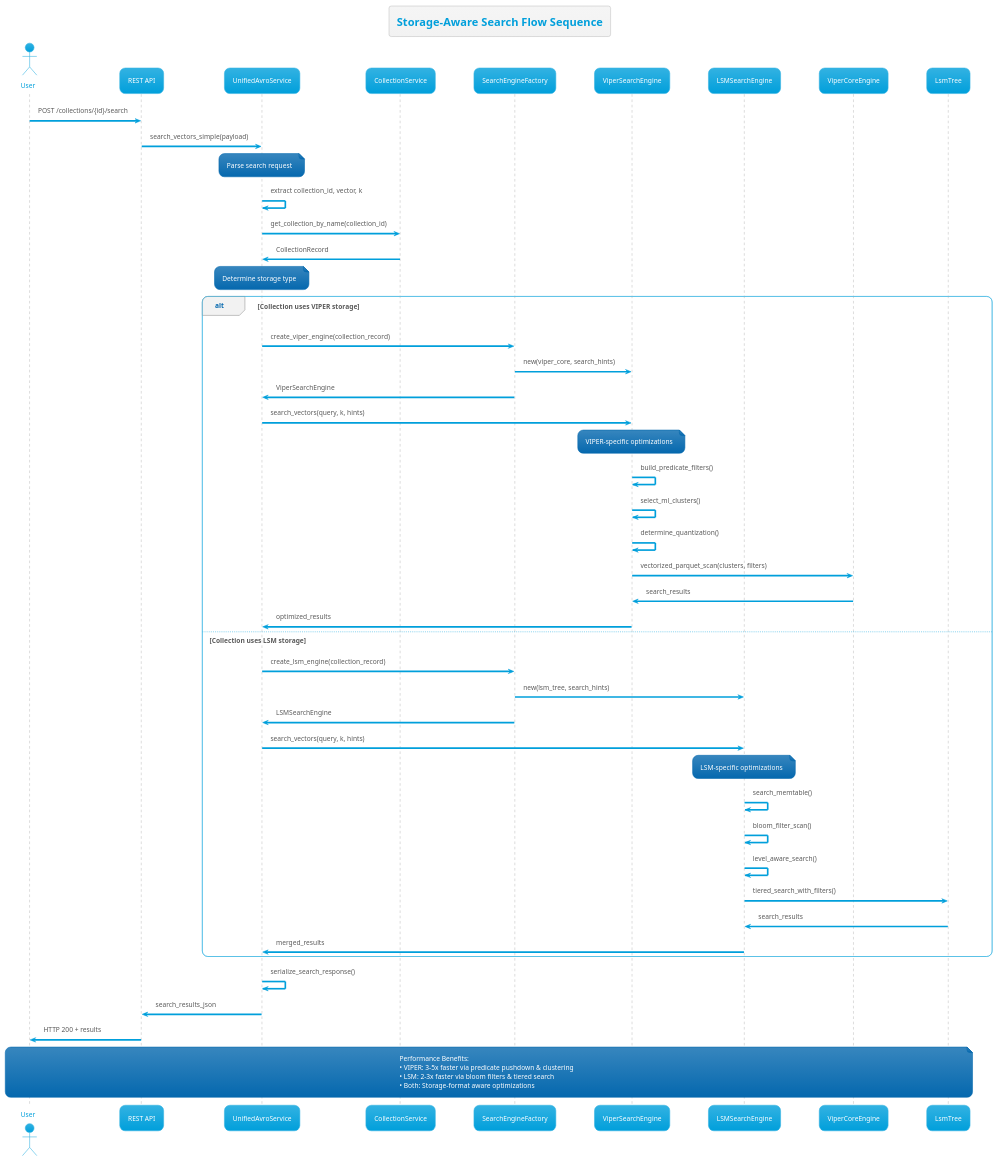
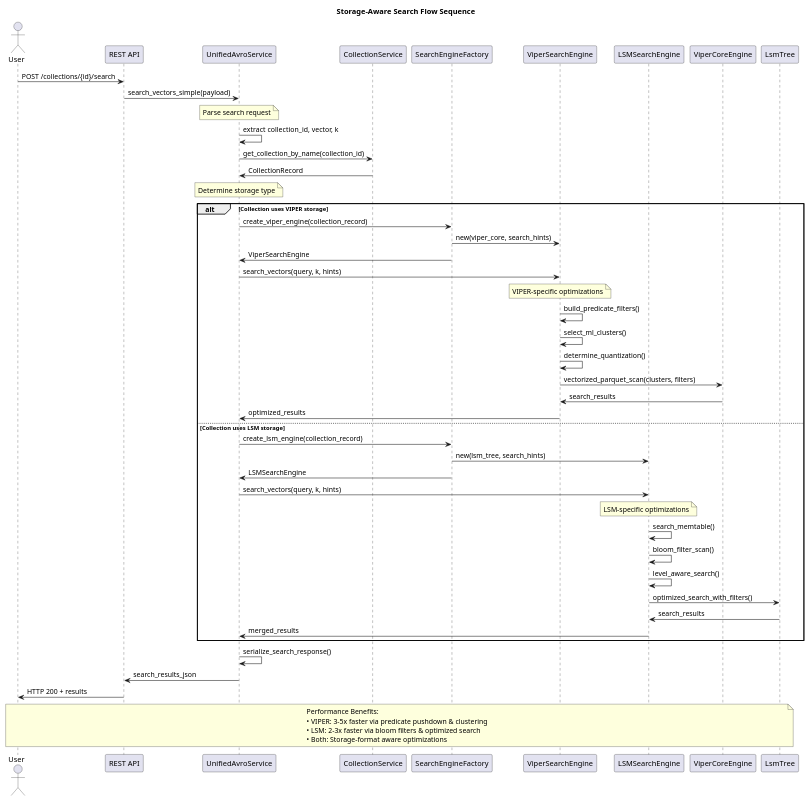
The diagram in docs/design/plantuml/search-flow-sequence.puml (vjsingh1984/proximaDB), drawn with PlantUML before and after one commit. The commit also changed 50 other files, not shown here.

First line of the commit message:
docs: comprehensive memtable architecture documentation update with consolidation

```diff
--- a/docs/design/plantuml/search-flow-sequence.puml
+++ b/docs/design/plantuml/search-flow-sequence.puml
@@ -1,69 +1,68 @@
 @startuml search-flow-sequence
-!theme bluegray
 title Storage-Aware Search Flow Sequence
 
 actor User
 participant "REST API" as REST
 participant "UnifiedAvroService" as UAS
 participant "CollectionService" as CS
 participant "SearchEngineFactory" as SEF
 participant "ViperSearchEngine" as VSE
 participant "LSMSearchEngine" as LSE
 participant "ViperCoreEngine" as VCE
 participant "LsmTree" as LT
 
 User -> REST : POST /collections/{id}/search
 REST -> UAS : search_vectors_simple(payload)
 
 note over UAS : Parse search request
 UAS -> UAS : extract collection_id, vector, k
 
 UAS -> CS : get_collection_by_name(collection_id)
 CS -> UAS : CollectionRecord
 
 note over UAS : Determine storage type
 alt Collection uses VIPER storage
     UAS -> SEF : create_viper_engine(collection_record)
     SEF -> VSE : new(viper_core, search_hints)
     SEF -> UAS : ViperSearchEngine
     
     UAS -> VSE : search_vectors(query, k, hints)
     
     note over VSE : VIPER-specific optimizations
     VSE -> VSE : build_predicate_filters()
     VSE -> VSE : select_ml_clusters()
     VSE -> VSE : determine_quantization()
     
     VSE -> VCE : vectorized_parquet_scan(clusters, filters)
     VCE -> VSE : search_results
     VSE -> UAS : optimized_results
 
 else Collection uses LSM storage
     UAS -> SEF : create_lsm_engine(collection_record)
     SEF -> LSE : new(lsm_tree, search_hints)
     SEF -> UAS : LSMSearchEngine
     
     UAS -> LSE : search_vectors(query, k, hints)
     
     note over LSE : LSM-specific optimizations
     LSE -> LSE : search_memtable()
     LSE -> LSE : bloom_filter_scan()
     LSE -> LSE : level_aware_search()
     
-    LSE -> LT : tiered_search_with_filters()
+    LSE -> LT : optimized_search_with_filters()
     LT -> LSE : search_results
     LSE -> UAS : merged_results
 end
 
 UAS -> UAS : serialize_search_response()
 UAS -> REST : search_results_json
 REST -> User : HTTP 200 + results
 
 note over User, LT
   Performance Benefits:
   • VIPER: 3-5x faster via predicate pushdown & clustering
-  • LSM: 2-3x faster via bloom filters & tiered search
+  • LSM: 2-3x faster via bloom filters & optimized search
   • Both: Storage-format aware optimizations
 end note
 
 @enduml
```
